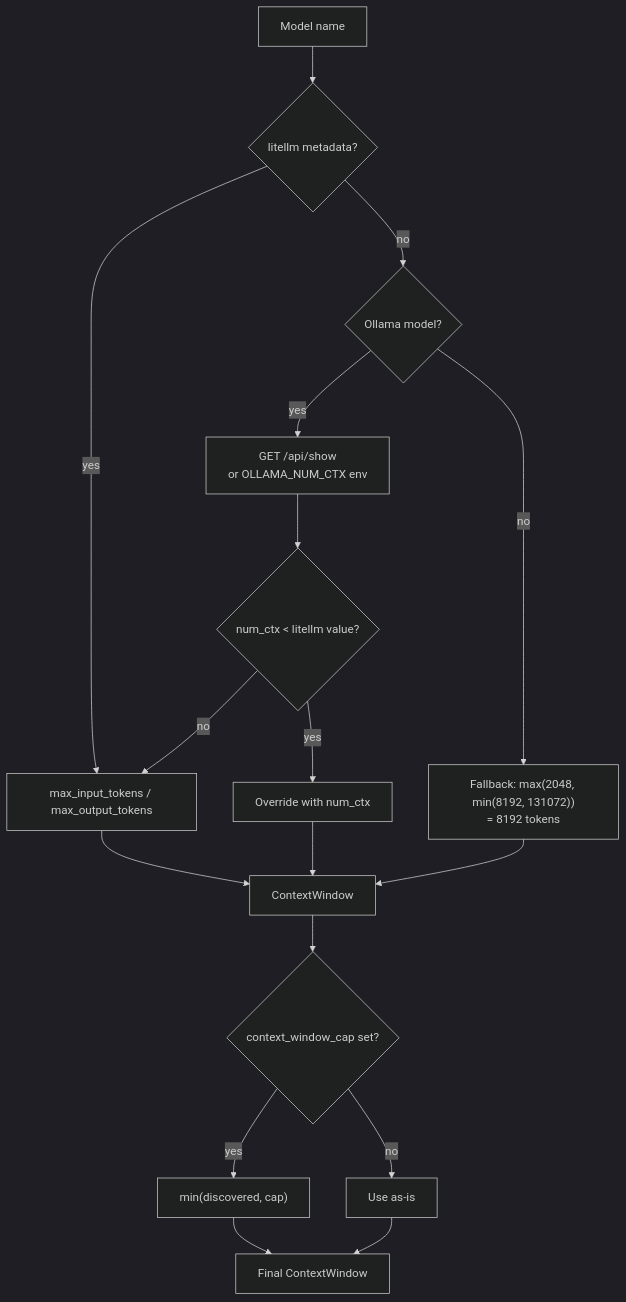
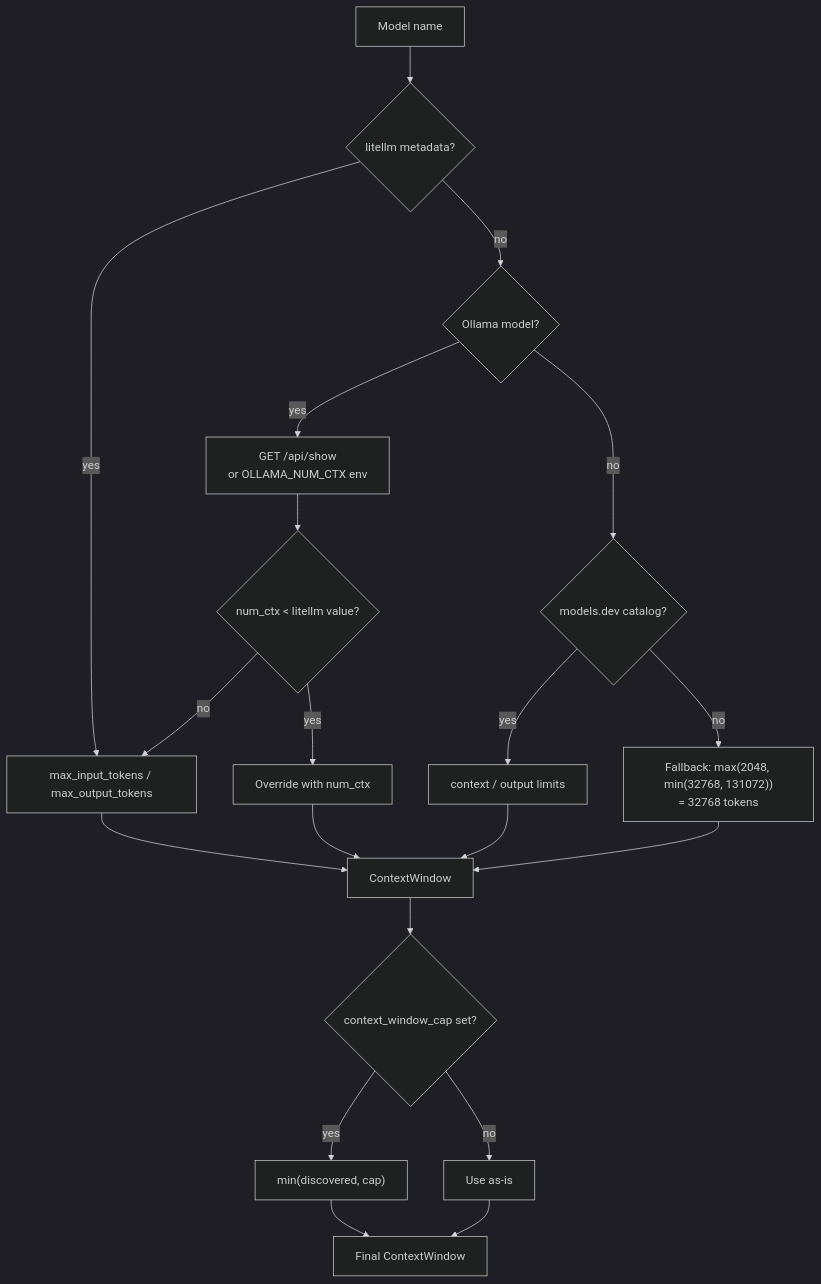
One commit to jr2804/kompend changed the first of 4 diagrams in docs/guides/model-context.md. Above: the diagram before and after it, drawn with Mermaid (dark theme). The commit also changed other lines of this file and 2 other files, not shown here.

First line of the commit message:
docs: rewrite LLM docs for PydanticAI agents + models-dev architecture

````diff
--- a/docs/guides/model-context.md
+++ b/docs/guides/model-context.md
@@ -22,19 +21,22 @@
 ```mermaid
 flowchart TD
     A[Model name] --> B{litellm metadata?}
     B -- yes --> C[max_input_tokens / max_output_tokens]
     B -- no --> D{Ollama model?}
     D -- yes --> E["GET /api/show<br/>or OLLAMA_NUM_CTX env"]
     E --> F{num_ctx < litellm value?}
     F -- yes --> G[Override with num_ctx]
     F -- no --> C
-    D -- no --> H["Fallback: max(2048, min(8192, 131072))<br/>= 8192 tokens"]
+    D -- no --> Md{models.dev catalog?}
+    Md -- yes --> MdC[context / output limits]
+    Md -- no --> H["Fallback: max(2048, min(32768, 131072))<br/>= 32768 tokens"]
     C --> I[ContextWindow]
     G --> I
+    MdC --> I
     H --> I
     I --> J{context_window_cap set?}
     J -- yes --> K["min(discovered, cap)"]
     J -- no --> L[Use as-is]
     K --> M[Final ContextWindow]
     L --> M
 ```
````
